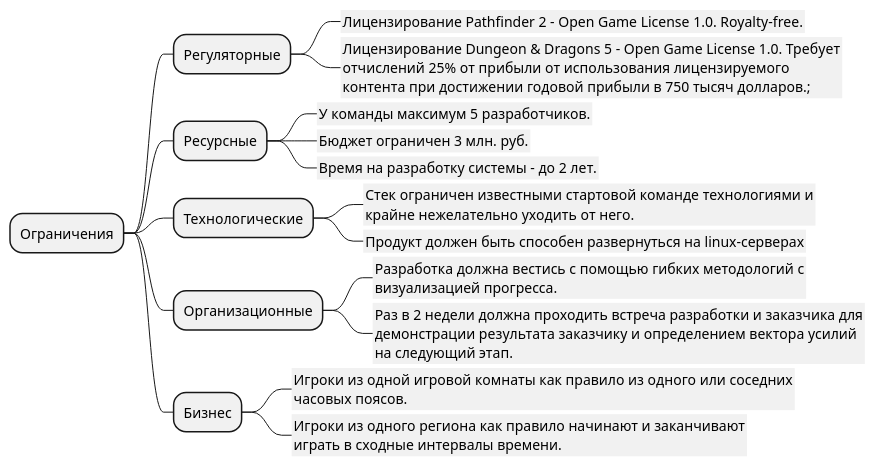
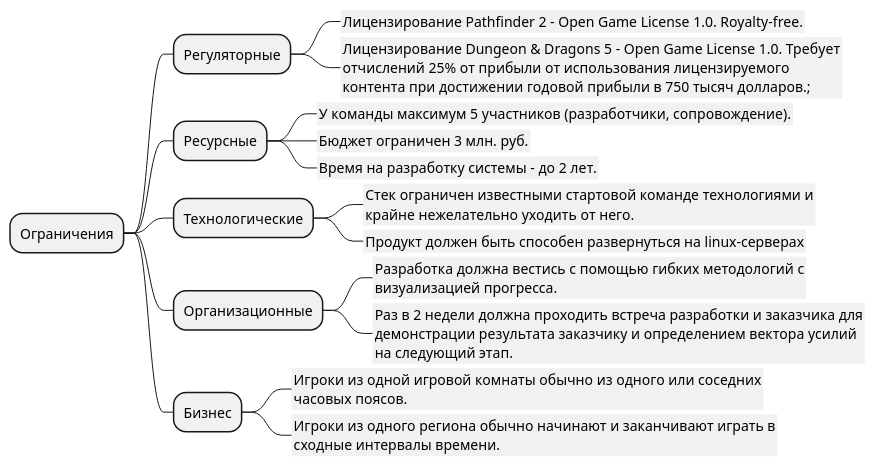
Before and after one commit to butakovmv/d20e_arch: the diagram in chart/asr_limitation.puml, drawn with PlantUML. The commit also changed 44 other files, not shown here.

Commit message:
Диаграммы последовательности

```diff
--- a/chart/asr_limitation.puml
+++ b/chart/asr_limitation.puml
@@ -1,33 +1,33 @@
 @startmindmap
 <style>
 leafNode {
     MaximumWidth 500
     LineColor none
     RoundCorner 0
     Padding 2
     Margin 2
 }
 </style>
 * Ограничения
 
 ** Регуляторные
 *** Лицензирование Pathfinder 2 - Open Game License 1.0. Royalty-free.
 *** Лицензирование Dungeon & Dragons 5 - Open Game License 1.0. Требует отчислений 25% от прибыли от использования лицензируемого контента при достижении годовой прибыли в 750 тысяч долларов.;
 
 ** Ресурсные
-*** У команды максимум 5 разработчиков.
+*** У команды максимум 5 участников (разработчики, сопровождение).
 *** Бюджет ограничен 3 млн. руб.
 *** Время на разработку системы - до 2 лет.
 
 ** Технологические
 *** Стек ограничен известными стартовой команде технологиями и крайне нежелательно уходить от него.
 *** Продукт должен быть способен развернуться на linux-серверах
 
 ** Организационные
 *** Разработка должна вестись с помощью гибких методологий с визуализацией прогресса.
 *** Раз в 2 недели должна проходить встреча разработки и заказчика для демонстрации результата заказчику и определением вектора усилий на следующий этап.
 
 ** Бизнес
-*** Игроки из одной игровой комнаты как правило из одного или соседних часовых поясов.
-*** Игроки из одного региона как правило начинают и заканчивают играть в сходные интервалы времени.
+*** Игроки из одной игровой комнаты обычно из одного или соседних часовых поясов.
+*** Игроки из одного региона обычно начинают и заканчивают играть в сходные интервалы времени.
 @enduml
```
